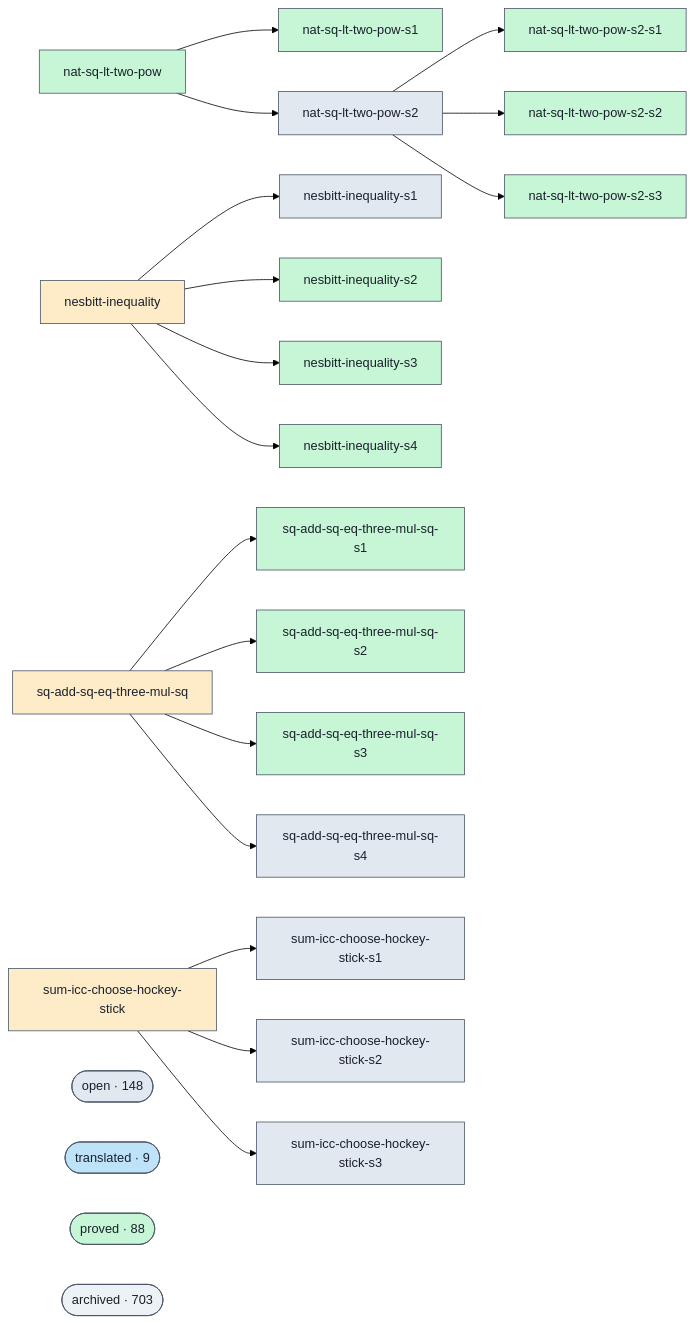
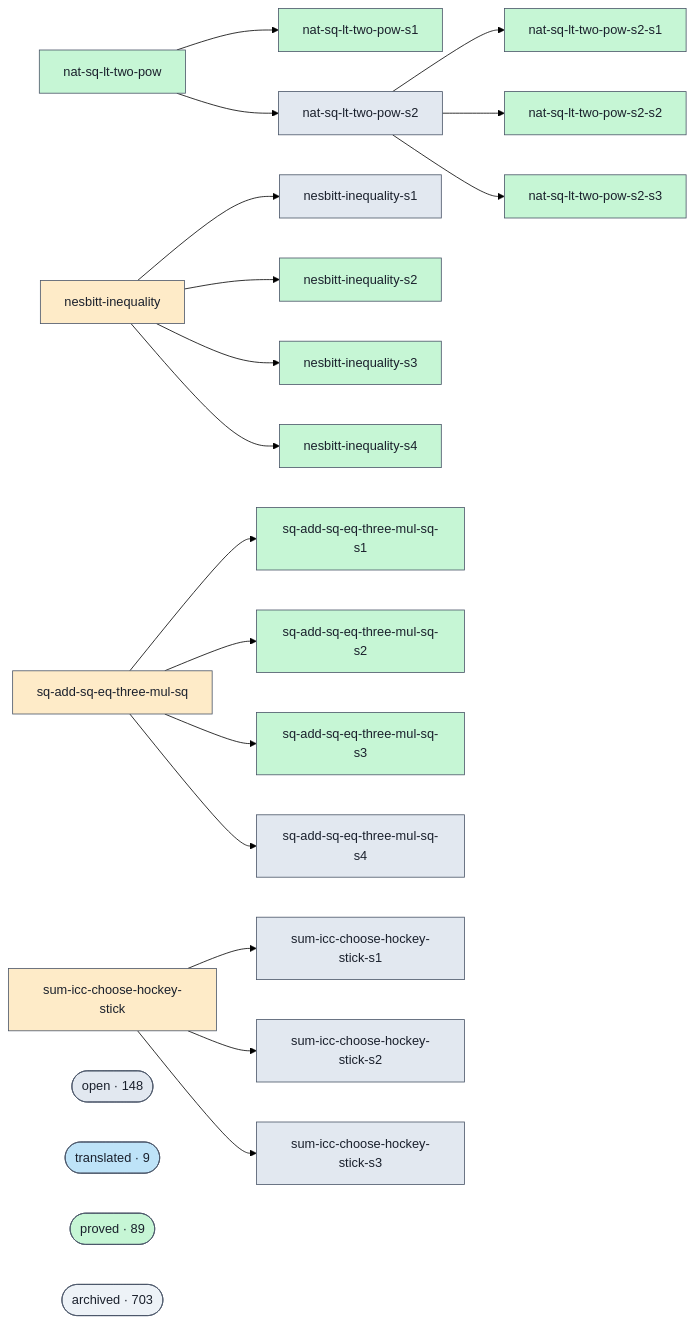
One commit to ohdearquant/unsorry changed the diagram in docs/proofs-contributors-visualisation.md. Above: the diagram before and after it, drawn with Mermaid (forest theme). The commit also changed other lines of this file and 2 other files, not shown here.

```diff
--- a/docs/proofs-contributors-visualisation.md
+++ b/docs/proofs-contributors-visualisation.md
@@ -102,7 +102,7 @@
   class cluster_open open;
   cluster_translated(["translated · 9"])
   class cluster_translated translated;
-  cluster_proved(["proved · 88"])
+  cluster_proved(["proved · 89"])
   class cluster_proved proved;
   cluster_archived(["archived · 703"])
   class cluster_archived unknown;
```
